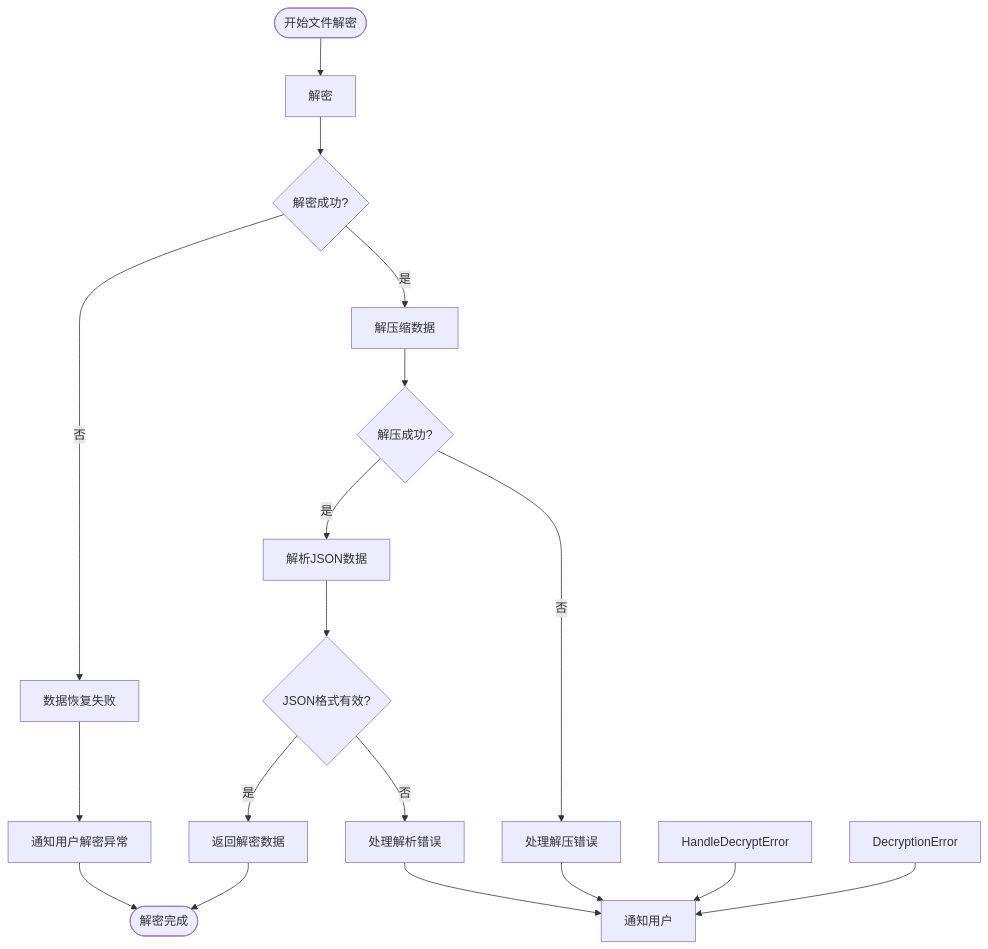
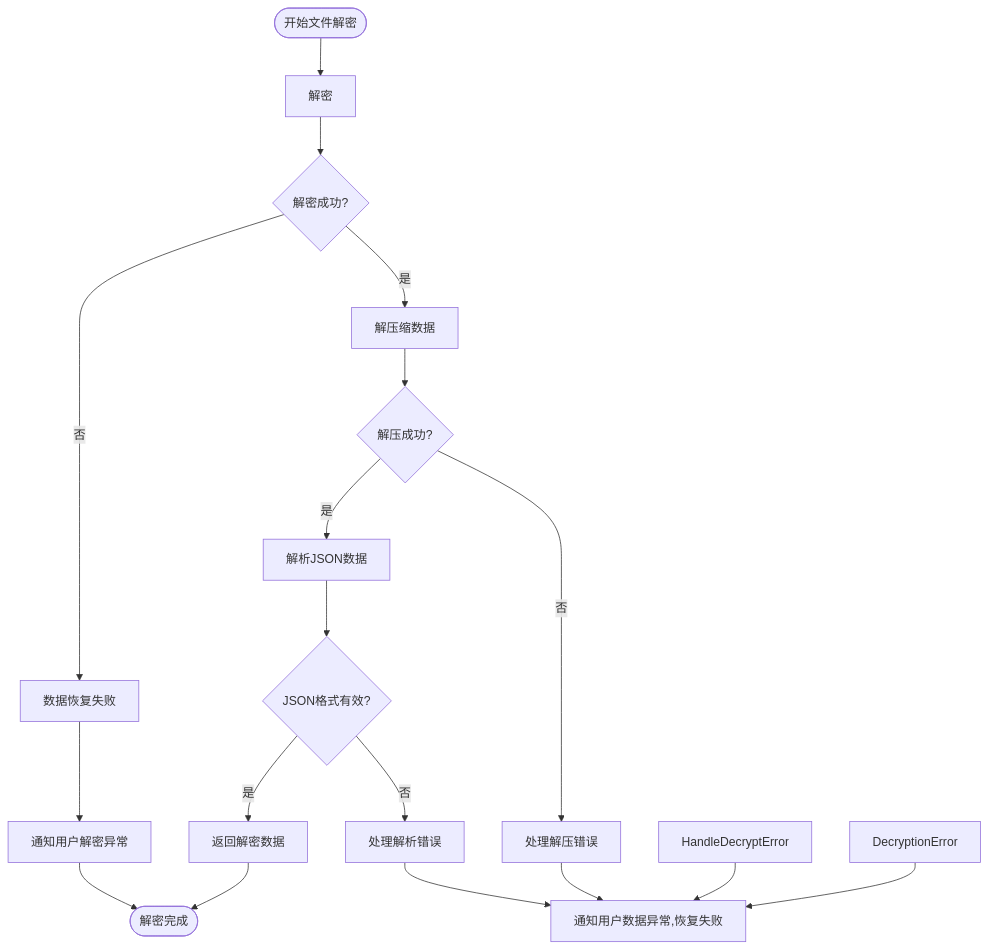
The diagram in all/未命名-53.md (yingjianzh/iodraw-files), drawn with Mermaid before and after one commit.

Commit message:
2025-05-09 18:12:13 update

````diff
--- a/all/未命名-53.md
+++ b/all/未命名-53.md
@@ -1,26 +1,26 @@
 ```mermaid
 flowchart TD
     Start([开始文件解密]) --> ReadFile[解密]
     ReadFile --> DecryptionSuccess{解密成功?}
     
     DecryptionSuccess -->|否| A[数据恢复失败]
     DecryptionSuccess -->|是| DecompressData[解压缩数据]
     
     DecompressData --> DecompressionSuccess{解压成功?}
     DecompressionSuccess -->|否| HandleDecompressError[处理解压错误]
     DecompressionSuccess -->|是| ParseJSON[解析JSON数据]
     
     ParseJSON --> JSONValid{JSON格式有效?}
     JSONValid -->|否| HandleParseError[处理解析错误]
     JSONValid -->|是| ReturnDecryptedData[返回解密数据]
     
     ReturnDecryptedData --> End([解密完成])
     
-    DecryptionError --> LogError[通知用户]
+    DecryptionError --> LogError[通知用户数据异常,恢复失败]
     HandleDecryptError --> LogError
     HandleDecompressError --> LogError
     HandleParseError --> LogError
     
     A --> ThrowException[通知用户解密异常]
     ThrowException --> End
 ```
````
